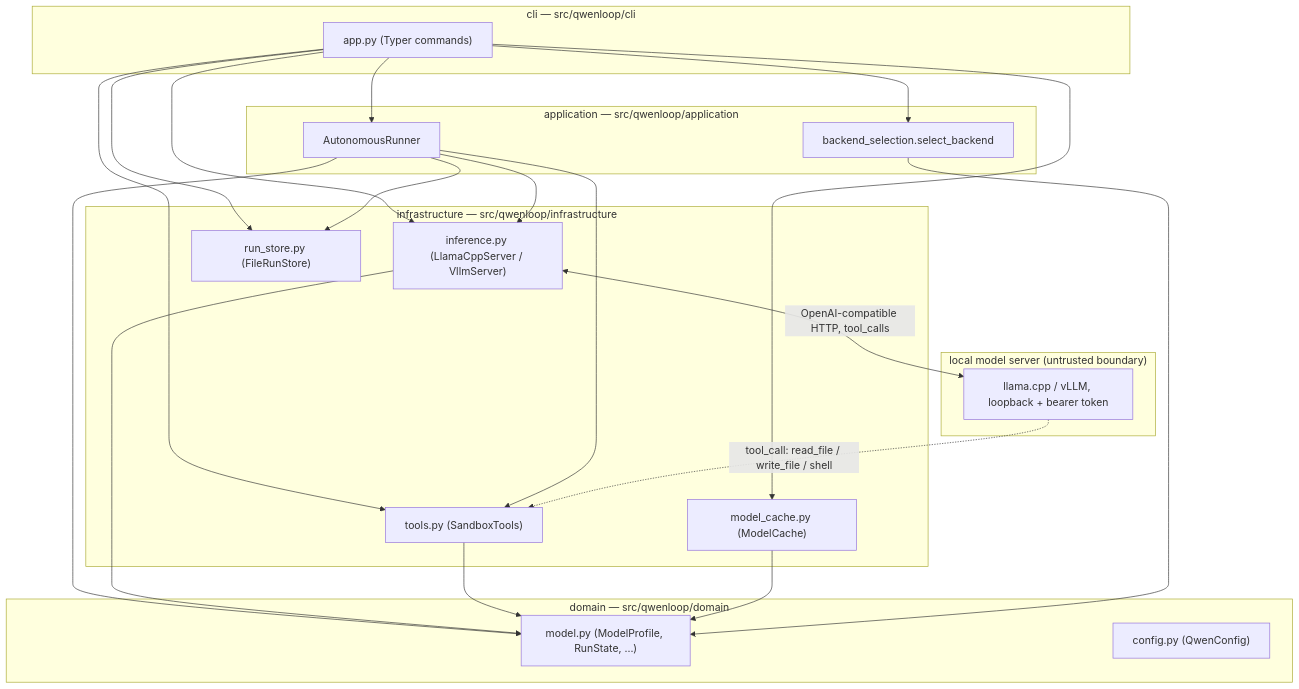
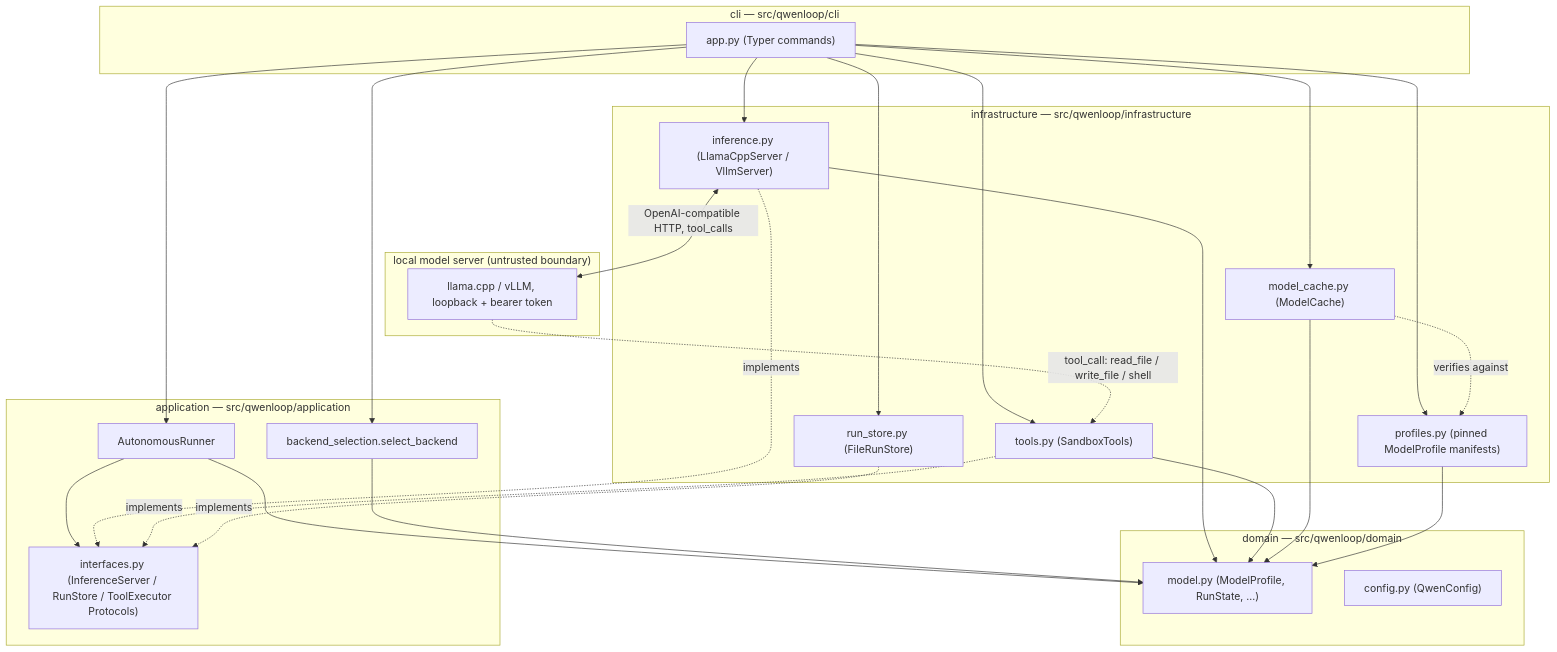
The diagram in docs/architecture/overview.md (adammatthewsteinberger/qwenloop), drawn with Mermaid before and after one commit. The commit also changed other lines of this file and 5 other files, not shown here.

````diff
--- a/docs/architecture/overview.md
+++ b/docs/architecture/overview.md
@@ -6,41 +6,47 @@
 ```mermaid
 flowchart TB
     subgraph cli["cli — src/qwenloop/cli"]
         APP["app.py (Typer commands)"]
     end
     subgraph app["application — src/qwenloop/application"]
         RUNNER["AutonomousRunner"]
         SELECT["backend_selection.select_backend"]
+        IFACE["interfaces.py (InferenceServer / RunStore / ToolExecutor Protocols)"]
     end
     subgraph infra["infrastructure — src/qwenloop/infrastructure"]
         INF["inference.py (LlamaCppServer / VllmServer)"]
         TOOLS["tools.py (SandboxTools)"]
         STORE["run_store.py (FileRunStore)"]
         CACHE["model_cache.py (ModelCache)"]
+        PROFILES["profiles.py (pinned ModelProfile manifests)"]
     end
     subgraph domain["domain — src/qwenloop/domain"]
         MODEL["model.py (ModelProfile, RunState, ...)"]
         CONFIG["config.py (QwenConfig)"]
     end
 
     APP --> RUNNER
     APP --> SELECT
     APP --> INF
     APP --> TOOLS
     APP --> STORE
     APP --> CACHE
-    RUNNER --> INF
-    RUNNER --> TOOLS
-    RUNNER --> STORE
+    APP --> PROFILES
+    RUNNER --> IFACE
+    INF -.->|"implements"| IFACE
+    TOOLS -.->|"implements"| IFACE
+    STORE -.->|"implements"| IFACE
     RUNNER --> MODEL
     INF --> MODEL
     TOOLS --> MODEL
     CACHE --> MODEL
     SELECT --> MODEL
+    PROFILES --> MODEL
+    CACHE -.->|"verifies against"| PROFILES
 
     subgraph model["local model server (untrusted boundary)"]
         SRV["llama.cpp / vLLM, loopback + bearer token"]
     end
     INF <--> |"OpenAI-compatible HTTP, tool_calls"| SRV
     SRV -.->|"tool_call: read_file / write_file / shell"| TOOLS
 ```
````
